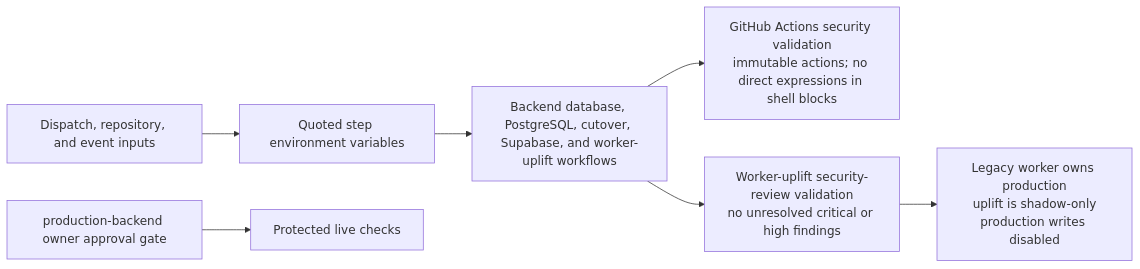
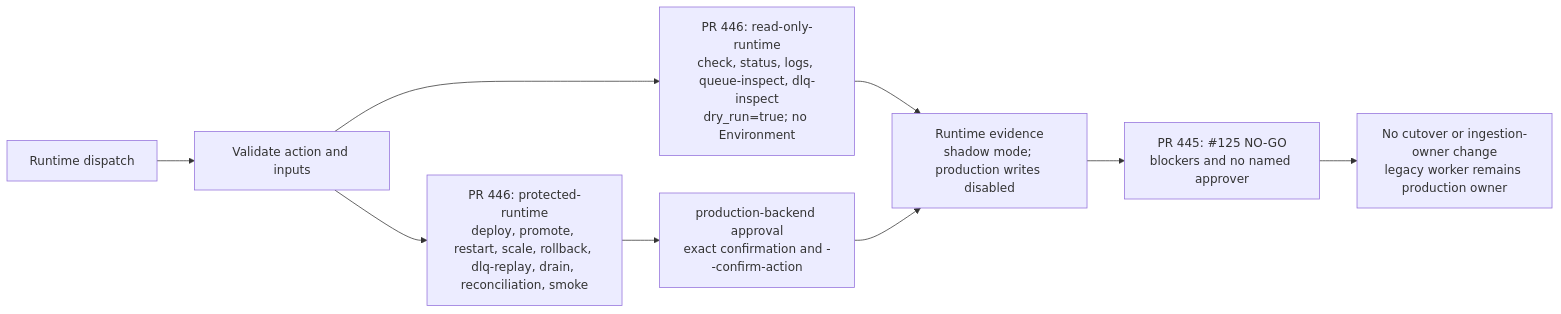
The diagram in diagrams/updates/AUTOMATED_NUTSNEWS_BACKEND_MERGE_LOG.mmd (ramideltoro/nutsnews-docs), drawn with Mermaid before and after one commit. The commit also changed 5 other files, not shown here.

```diff
--- a/diagrams/updates/AUTOMATED_NUTSNEWS_BACKEND_MERGE_LOG.mmd
+++ b/diagrams/updates/AUTOMATED_NUTSNEWS_BACKEND_MERGE_LOG.mmd
@@ -1,10 +1,12 @@
 flowchart LR
-  accTitle: Worker-uplift security controls after pull request 444
-  accDescr: Pull request 444 moves workflow inputs through step environment variables before shell use, adds automated security-review checks, and retains shadow-only worker-uplift operation with production writes disabled.
+  accTitle: Worker-uplift runtime evidence and readiness decision after pull requests 445 and 446
+  accDescr: Pull request 446 routes approved read-only actions to an environment-free evidence job and protected actions to the production-backend gate. Pull request 445 records that evidence supports shadow monitoring only and that unresolved blockers keep cutover readiness at NO-GO.
 
-  inputs["Dispatch, repository, and event inputs"] --> env["Quoted step environment variables"]
-  env --> workflows["Backend database, PostgreSQL, cutover, Supabase, and worker-uplift workflows"]
-  workflows --> security["GitHub Actions security validation\nimmutable actions; no direct expressions in shell blocks"]
-  workflows --> review["Worker-uplift security-review validation\nno unresolved critical or high findings"]
-  review --> boundary["Legacy worker owns production\nuplift is shadow-only\nproduction writes disabled"]
-  gate["production-backend owner approval gate"] --> live["Protected live checks"]
+  dispatch["Runtime dispatch"] --> validation["Validate action and inputs"]
+  validation --> readonly["PR 446: read-only-runtime\ncheck, status, logs, queue-inspect, dlq-inspect\ndry_run=true; no Environment"]
+  validation --> protected["PR 446: protected-runtime\ndeploy, promote, restart, scale, rollback, dlq-replay, drain, reconciliation, smoke"]
+  protected --> gate["production-backend approval\nexact confirmation and --confirm-action"]
+  readonly --> evidence["Runtime evidence\nshadow mode; production writes disabled"]
+  gate --> evidence
+  evidence --> nogo["PR 445: #125 NO-GO\nblockers and no named approver"]
+  nogo --> boundary["No cutover or ingestion-owner change\nlegacy worker remains production owner"]
```
